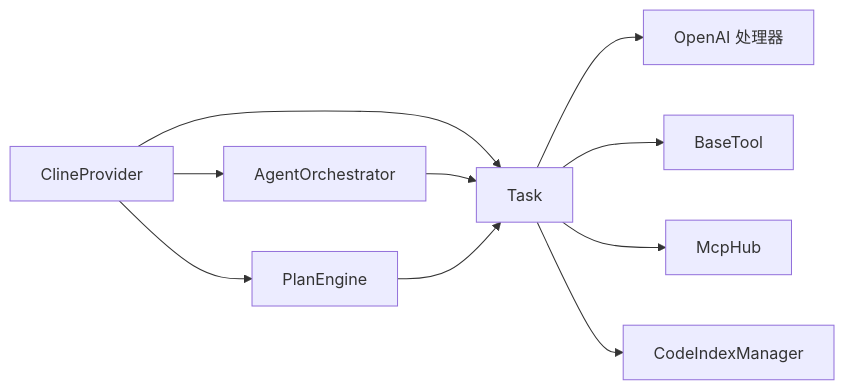
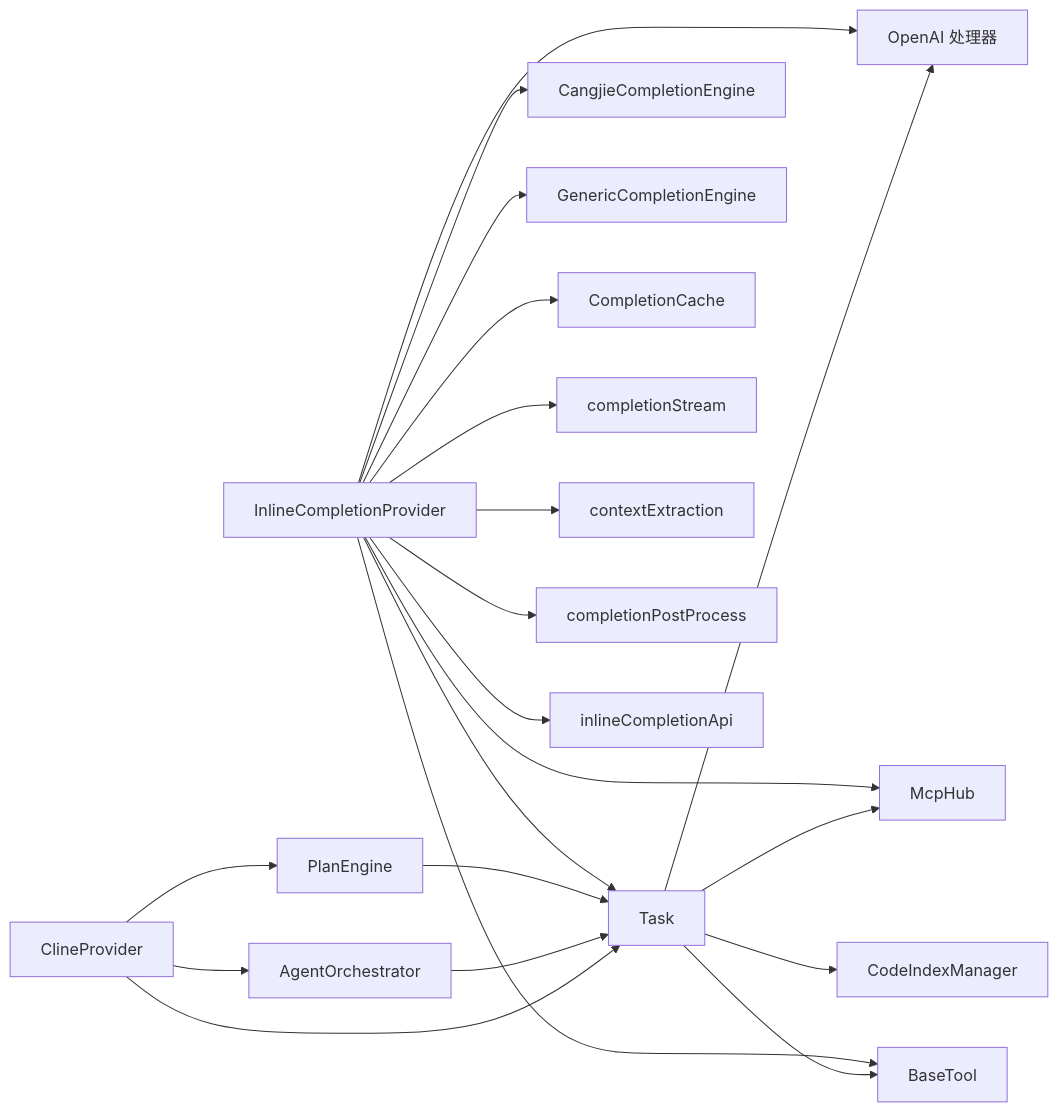
Before and after one commit to JunjieChen0/NJUST: the tenth of 10 diagrams in .qoder/repowiki/zh/content/核心功能/核心功能.md, drawn with Mermaid. The commit also changed other lines of this file and 402 other files, not shown here.

````diff
--- a/.qoder/repowiki/zh/content/核心功能/核心功能.md
+++ b/.qoder/repowiki/zh/content/核心功能/核心功能.md
@@ -391,12 +540,23 @@
 ```mermaid
 graph LR
 T["Task"] --> OA["OpenAI 处理器"]
 T --> BT["BaseTool"]
 T --> MH["McpHub"]
 T --> CIM["CodeIndexManager"]
 CP["ClineProvider"] --> T
 CP --> AO["AgentOrchestrator"]
 CP --> PE["PlanEngine"]
 AO --> T
 PE --> T
+ICP["InlineCompletionProvider"] --> CCE["CangjieCompletionEngine"]
+ICP --> GCE["GenericCompletionEngine"]
+ICP --> CC["CompletionCache"]
+ICP --> CS["completionStream"]
+ICP --> CE["contextExtraction"]
+ICP --> CPP["completionPostProcess"]
+ICP --> ICA["inlineCompletionApi"]
+ICP --> MH
+ICP --> T
+ICP --> OA
+ICP --> BT
 ```
````
